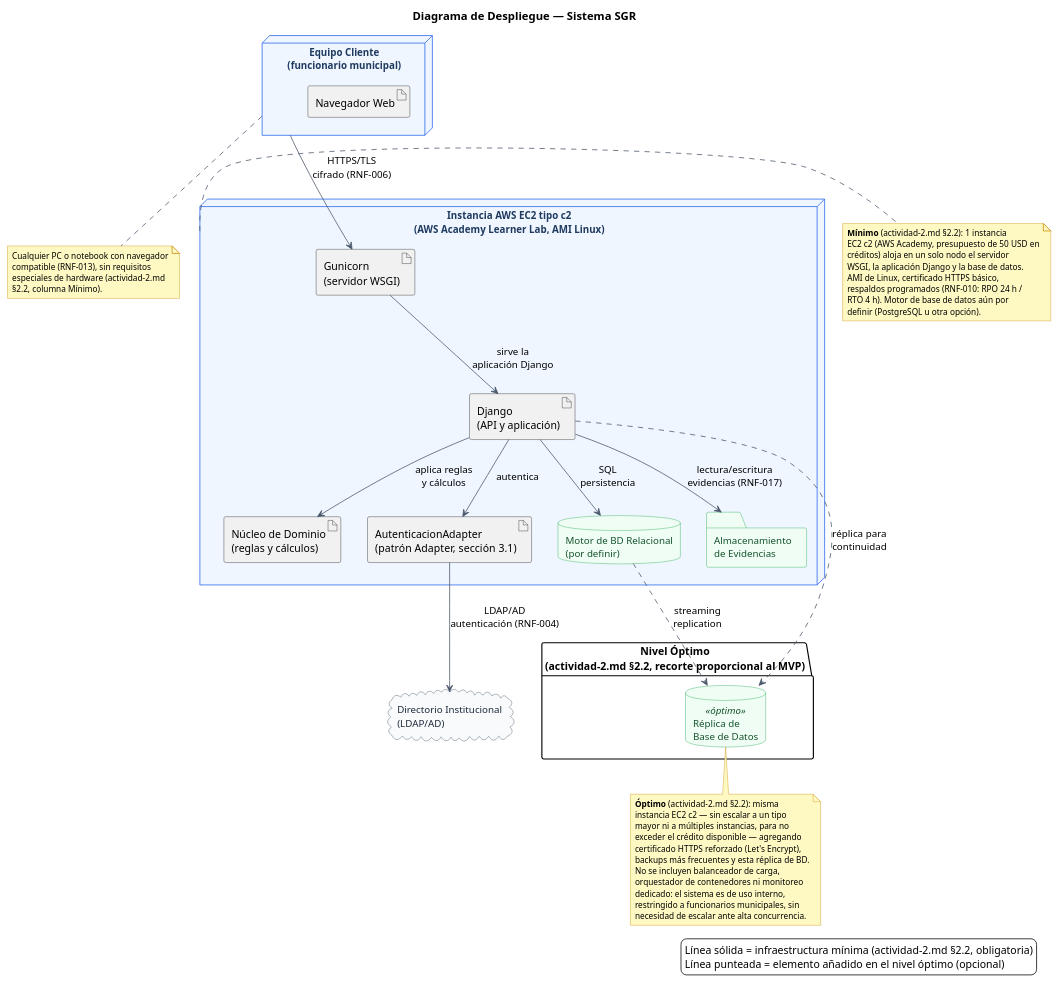
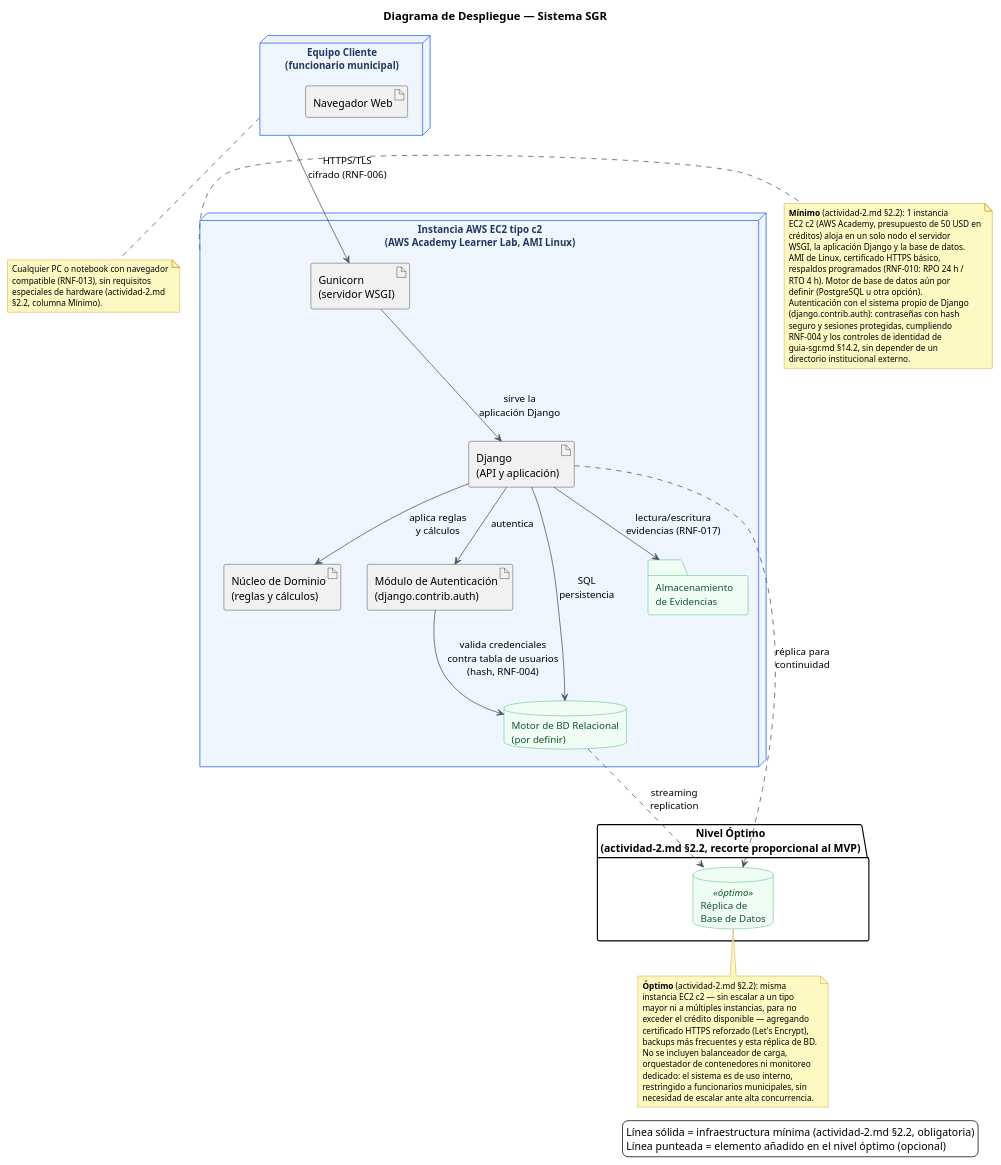
Before and after one commit to Ren-reno/ev1: the diagram in assets/actividad-3/despliegue.puml, drawn with PlantUML. The commit also changed 8 other files, not shown here.

First line of the commit message:
actividad-3: autenticación interna en vez de directorio institucional

```diff
--- a/assets/actividad-3/despliegue.puml
+++ b/assets/actividad-3/despliegue.puml
@@ -1,110 +1,114 @@
 @startuml despliegue
 title Diagrama de Despliegue — Sistema SGR
 
 skinparam backgroundColor white
 skinparam shadowing false
 skinparam node {
   BackgroundColor #EFF6FF
   BorderColor #2563EB
   FontColor #1E3A5F
   FontSize 13
 }
 skinparam database {
   BackgroundColor #F0FDF4
   BorderColor #16A34A
   FontColor #14532D
   FontSize 13
 }
 skinparam folder {
   BackgroundColor #F0FDF4
   BorderColor #16A34A
   FontColor #14532D
   FontSize 13
 }
 skinparam cloud {
   BackgroundColor #F8FAFC
   BorderColor #334155
   FontColor #1E293B
   FontSize 13
 }
 skinparam rectangle {
   BorderColor #64748B
   FontColor #334155
   FontStyle bold
 }
 skinparam note {
   BackgroundColor #FEF9C3
   BorderColor #CA8A04
   FontSize 11
 }
 skinparam ArrowColor #475569
 skinparam TitleFontSize 15
 
 node "Equipo Cliente\n(funcionario municipal)" as CLIENTE {
   artifact "Navegador Web" as NAV
 }
 
 node "Instancia AWS EC2 tipo c2\n(AWS Academy Learner Lab, AMI Linux)" as SRV {
   artifact "Gunicorn\n(servidor WSGI)" as WSGI
   artifact "Django\n(API y aplicación)" as APP
   artifact "Núcleo de Dominio\n(reglas y cálculos)" as DOM
-  artifact "AutenticacionAdapter\n(patrón Adapter, sección 3.1)" as ADAPTER
+  artifact "Módulo de Autenticación\n(django.contrib.auth)" as AUTH
   database "Motor de BD Relacional\n(por definir)" as BD
   folder "Almacenamiento\nde Evidencias" as FILES
 }
-
-cloud "Directorio Institucional\n(LDAP/AD)" as LDAP
 
 CLIENTE --> WSGI : HTTPS/TLS\ncifrado (RNF-006)
 WSGI --> APP : sirve la\naplicación Django
 APP --> DOM : aplica reglas\ny cálculos
 APP --> BD : SQL\npersistencia
 APP --> FILES : lectura/escritura\nevidencias (RNF-017)
-APP --> ADAPTER : autentica
-ADAPTER --> LDAP : LDAP/AD\nautenticación (RNF-004)
+APP --> AUTH : autentica
+AUTH --> BD : valida credenciales\ncontra tabla de usuarios\n(hash, RNF-004)
 
 note bottom of CLIENTE
   Cualquier PC o notebook con navegador
   compatible (RNF-013), sin requisitos
   especiales de hardware (actividad-2.md
   §2.2, columna Mínimo).
 end note
 
 note right of SRV
   **Mínimo** (actividad-2.md §2.2): 1 instancia
   EC2 c2 (AWS Academy, presupuesto de 50 USD en
   créditos) aloja en un solo nodo el servidor
   WSGI, la aplicación Django y la base de datos.
   AMI de Linux, certificado HTTPS básico,
   respaldos programados (RNF-010: RPO 24 h /
   RTO 4 h). Motor de base de datos aún por
   definir (PostgreSQL u otra opción).
+  Autenticación con el sistema propio de Django
+  (django.contrib.auth): contraseñas con hash
+  seguro y sesiones protegidas, cumpliendo
+  RNF-004 y los controles de identidad de
+  guia-sgr.md §14.2, sin depender de un
+  directorio institucional externo.
 end note
 
 package "Nivel Óptimo\n(actividad-2.md §2.2, recorte proporcional al MVP)" {
   database "Réplica de\nBase de Datos" as BD2 <<óptimo>>
 }
 
 APP ..> BD2 : réplica para\ncontinuidad
 BD ..> BD2 : streaming\nreplication
 
 note bottom of BD2
   **Óptimo** (actividad-2.md §2.2): misma
   instancia EC2 c2 — sin escalar a un tipo
   mayor ni a múltiples instancias, para no
   exceder el crédito disponible — agregando
   certificado HTTPS reforzado (Let's Encrypt),
   backups más frecuentes y esta réplica de BD.
   No se incluyen balanceador de carga,
   orquestador de contenedores ni monitoreo
   dedicado: el sistema es de uso interno,
   restringido a funcionarios municipales, sin
   necesidad de escalar ante alta concurrencia.
 end note
 
 legend right
   Línea sólida = infraestructura mínima (actividad-2.md §2.2, obligatoria)
   Línea punteada = elemento añadido en el nivel óptimo (opcional)
 end legend
 
 @enduml
```
